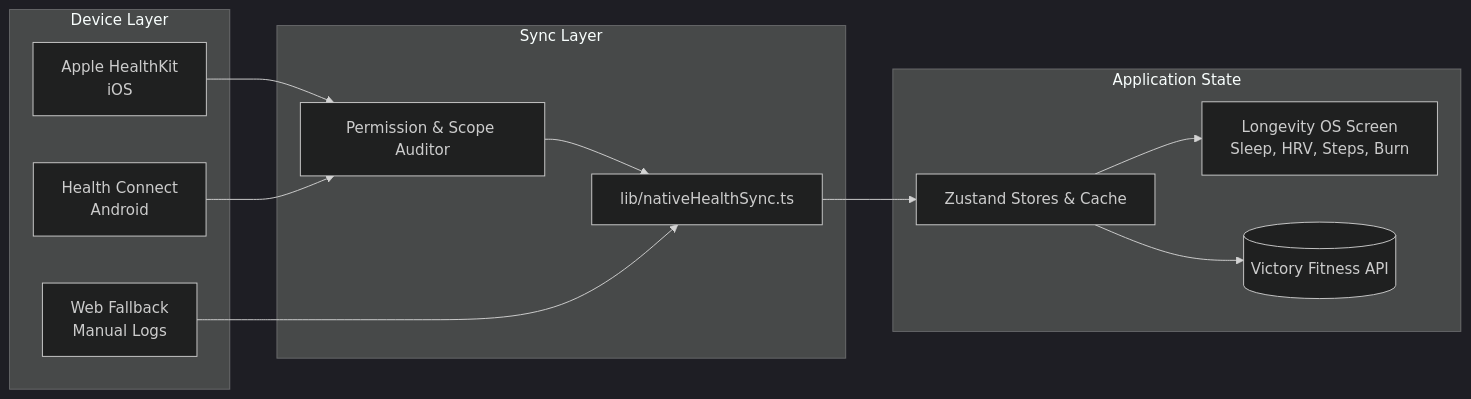
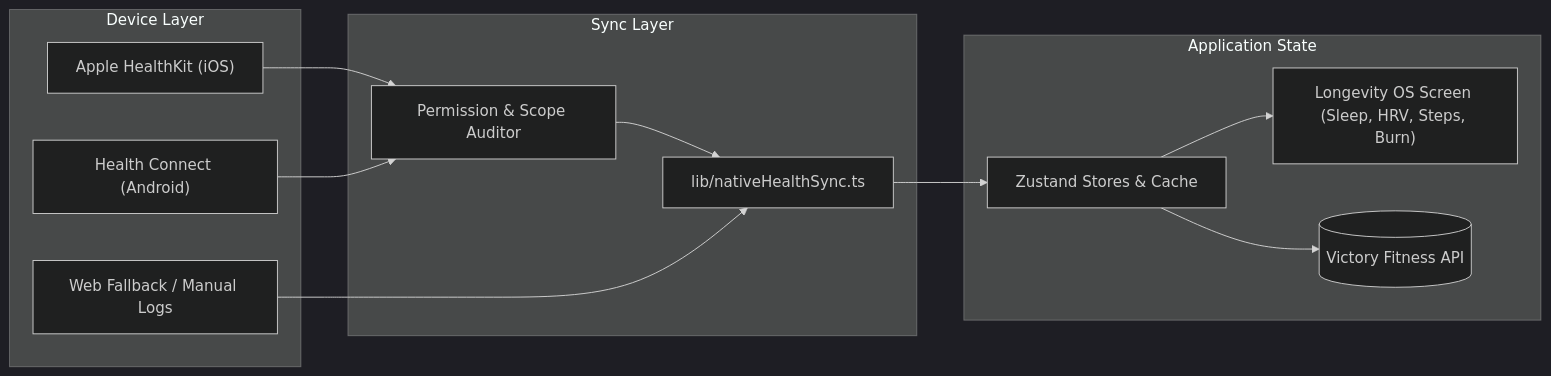
The third of 3 diagrams in README.md (TAIJULAMAN/victory-fitness-app), drawn with Mermaid (dark theme) before and after one commit. The commit also changed other lines of this file, not shown here.

````diff
--- a/README.md
+++ b/README.md
@@ -94,27 +96,27 @@
 ```mermaid
 flowchart LR
     subgraph Device Layer
-        HK[Apple HealthKit\niOS]
-        HC[Health Connect\nAndroid]
-        Web[Web Fallback\nManual Logs]
+        HK["Apple HealthKit (iOS)"]
+        HC["Health Connect (Android)"]
+        Web["Web Fallback / Manual Logs"]
     end
 
     subgraph Sync Layer
-        NativeSync[lib/nativeHealthSync.ts]
-        Guard[Permission & Scope Auditor]
+        NativeSync["lib/nativeHealthSync.ts"]
+        Guard["Permission & Scope Auditor"]
     end
 
     subgraph Application State
-        Store[Zustand Stores & Cache]
-        LongevityOS[Longevity OS Screen\nSleep, HRV, Steps, Burn]
-        Backend[(Victory Fitness API)]
+        Store["Zustand Stores & Cache"]
+        LongevityOS["Longevity OS Screen (Sleep, HRV, Steps, Burn)"]
+        Backend[("Victory Fitness API")]
     end
 
     HK --> Guard
     HC --> Guard
     Guard --> NativeSync
     Web --> NativeSync
     NativeSync --> Store
     Store --> LongevityOS
     Store --> Backend
 ```
````
